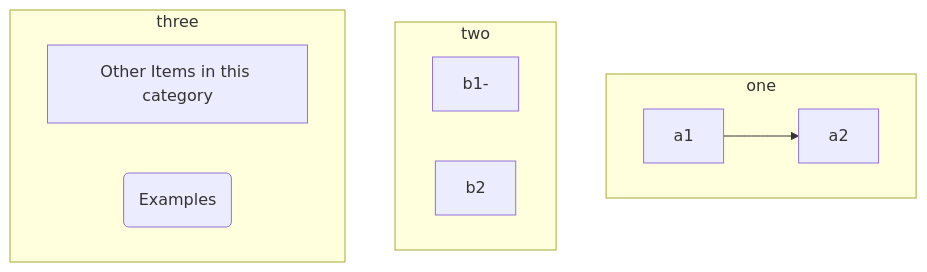
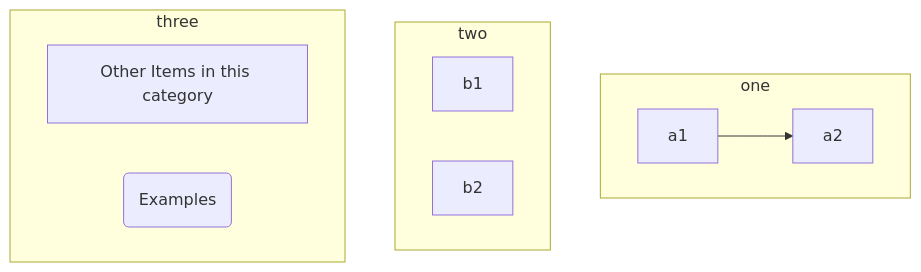
One commit to gerbssusd/dok changed the diagram in slides.md. Above: the diagram before and after it, drawn with Mermaid.

````diff
--- a/slides.md
+++ b/slides.md
@@ -217,22 +217,22 @@
 ```mermaid
 flowchart TB
     subgraph one 
      direction LR
     a1-->a2
     end
     subgraph two
-    b1-
+    b1
     b2
     end
     subgraph three 
       direction LR
     c1[Other Items in this category] 
     c2(Examples)
     end
 
 
 
 
 
 
 ```
````
